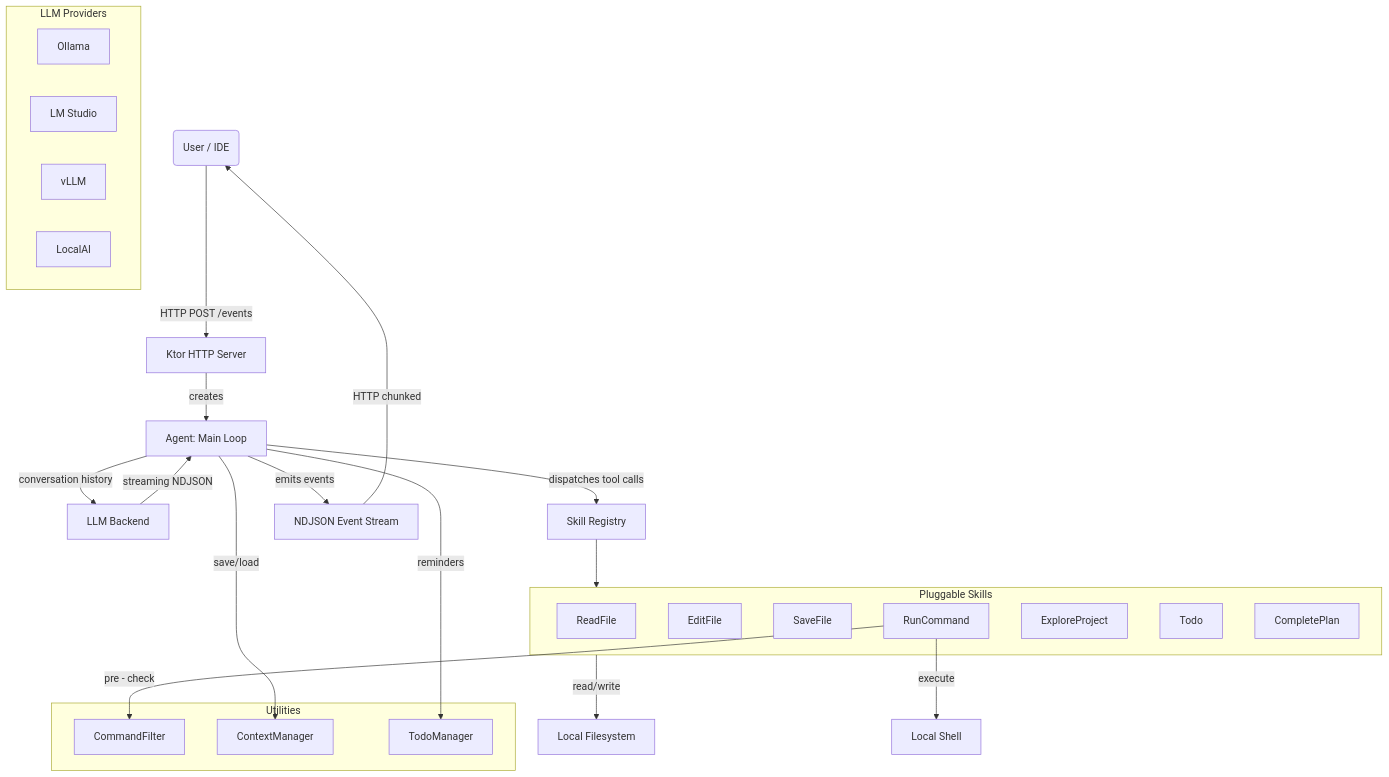
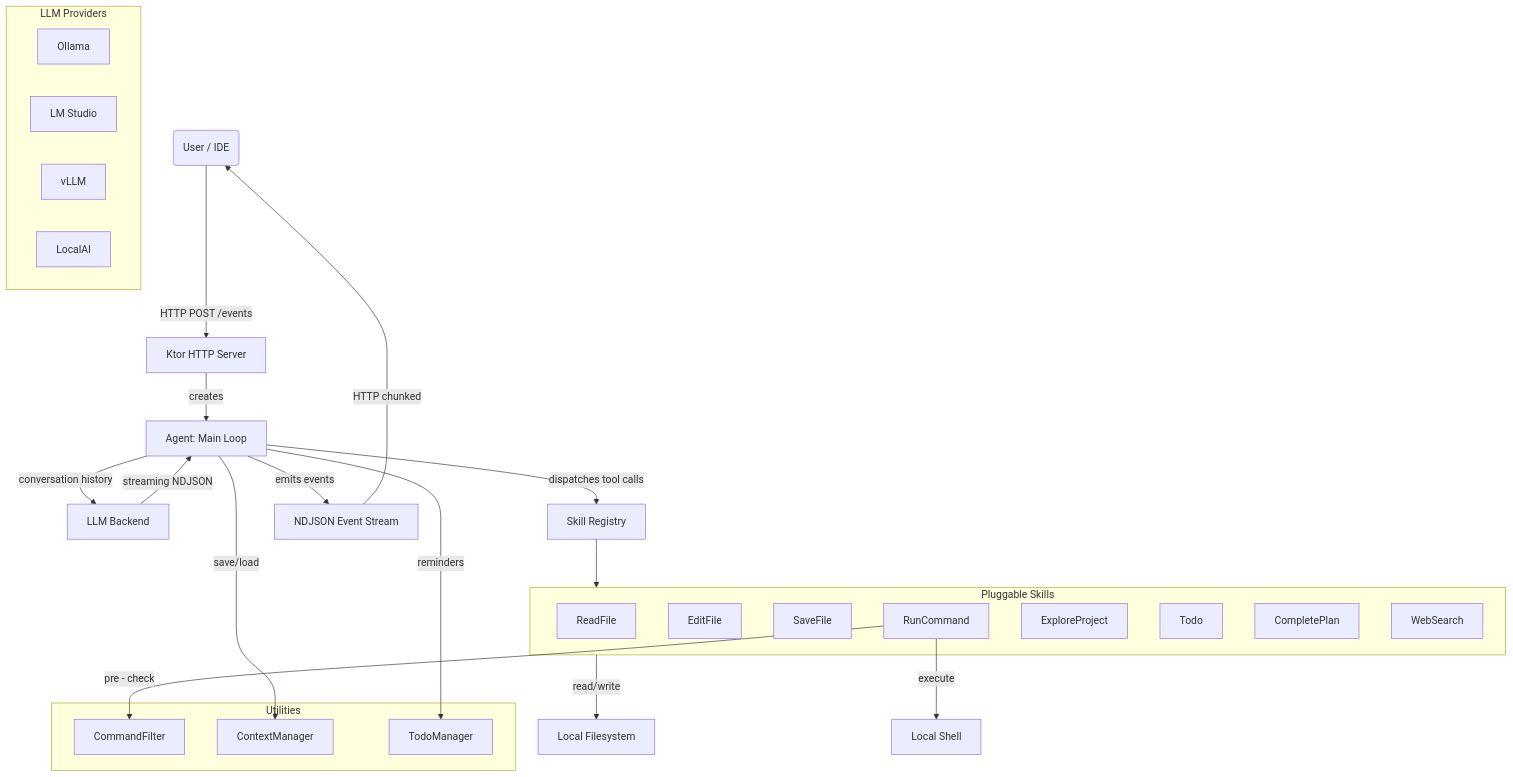
Before and after one commit to lg841226/Gradum: the diagram in README.md, drawn with Mermaid. The commit also changed other lines of this file and 12 other files, not shown here.

````diff
--- a/README.md
+++ b/README.md
@@ -128,40 +147,41 @@
 ```mermaid
 flowchart TB
     User(User / IDE) -->|HTTP POST /events| Server[Ktor HTTP Server]
     Server -->|creates| Agent[Agent: Main Loop]
     Agent -->|conversation history| LLM[LLM Backend]
     Agent -->|dispatches tool calls| SkillReg[Skill Registry]
     LLM -->|streaming NDJSON| Agent
 
     subgraph Providers[LLM Providers]
         P1[Ollama]
         P2[LM Studio]
         P3[vLLM]
         P4[LocalAI]
     end
 
     subgraph Skills[Pluggable Skills]
         S1[ReadFile]
         S2[EditFile]
         S3[SaveFile]
         S4[RunCommand]
         S5[ExploreProject]
         S6[Todo]
         S7[CompletePlan]
+        S8[WebSearch]
     end
 
     subgraph Utilities
         CF[CommandFilter]
         CTX[ContextManager]
         TODO[TodoManager]
     end
 
     SkillReg --> Skills
     S4 -->|pre - check| CF
     Agent -->|save/load| CTX
     Agent -->|reminders| TODO
     Skills -->|read/write| Files[Local Filesystem]
     S4 -->|execute| Shell[Local Shell]
     Agent -->|emits events| Stream[NDJSON Event Stream]
     Stream -->|HTTP chunked| User
 ```
````
